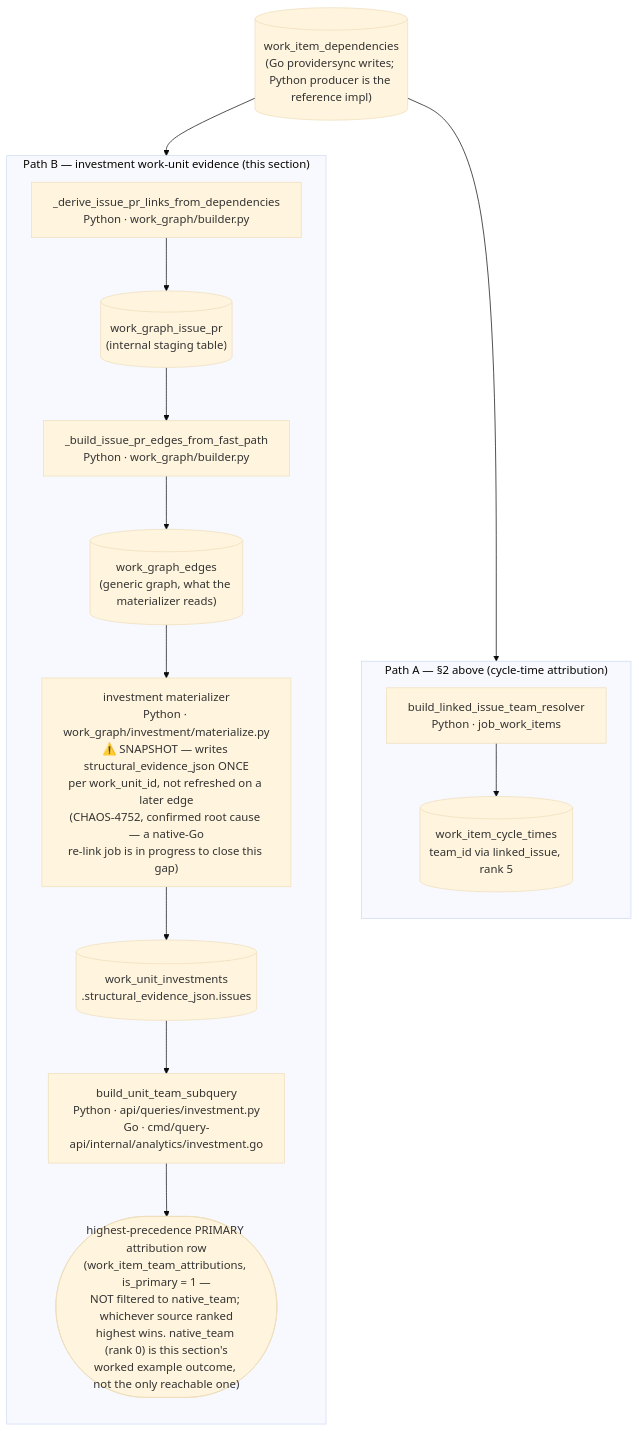
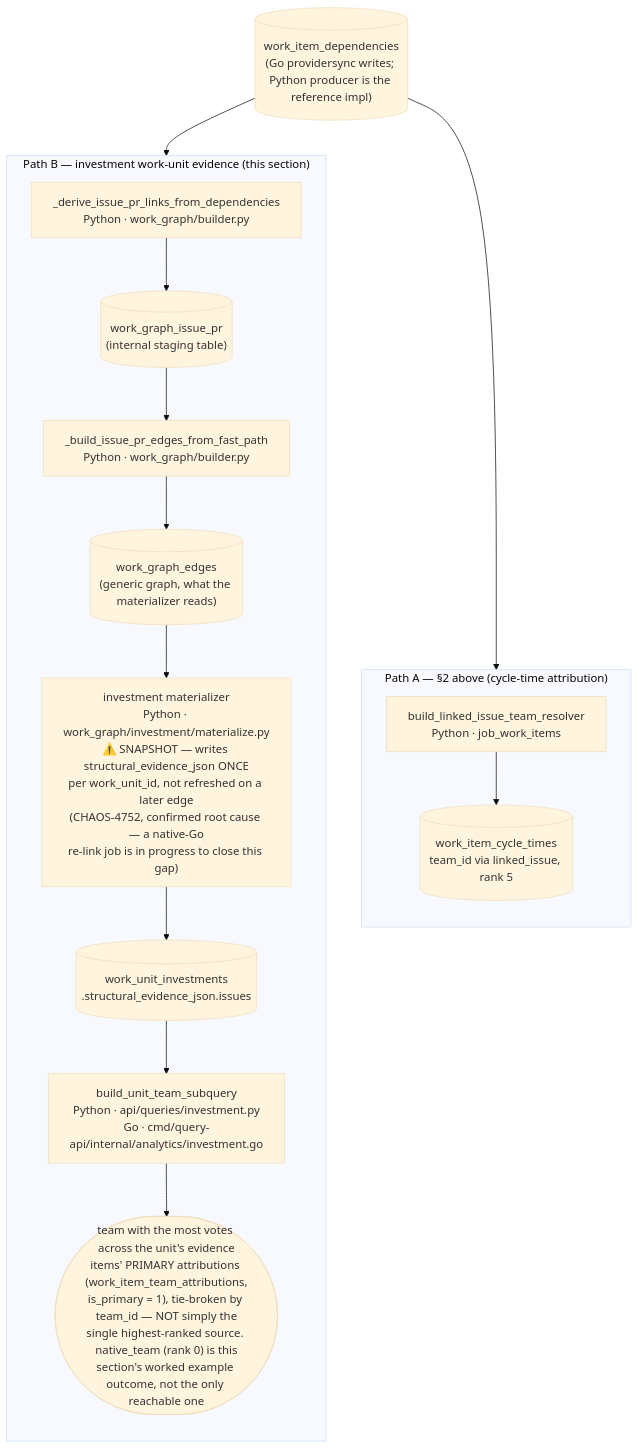
The fifth of 9 diagrams in docs/contribute/architecture/team-attribution.md (full-chaos/dev-health-ops), drawn with Mermaid (base theme) before and after one commit. The commit also changed other lines of this file, not shown here.

````diff
--- a/docs/contribute/architecture/team-attribution.md
+++ b/docs/contribute/architecture/team-attribution.md
@@ -1348,27 +1353,27 @@
 ```mermaid
 flowchart TD
     WID[("work_item_dependencies<br/>(Go providersync writes; Python producer is the reference impl)")]
 
     subgraph PathA["Path A — §2 above (cycle-time attribution)"]
         direction TB
         BuildResolver["build_linked_issue_team_resolver<br/>Python · job_work_items"]
         CycleTimes[("work_item_cycle_times<br/>team_id via linked_issue, rank 5")]
         BuildResolver --> CycleTimes
     end
 
     subgraph PathB["Path B — investment work-unit evidence (this section)"]
         direction TB
         Derive["_derive_issue_pr_links_from_dependencies<br/>Python · work_graph/builder.py"]
         WGIP[("work_graph_issue_pr<br/>(internal staging table)")]
         FastPath["_build_issue_pr_edges_from_fast_path<br/>Python · work_graph/builder.py"]
         WGE[("work_graph_edges<br/>(generic graph, what the materializer reads)")]
         Materialize["investment materializer<br/>Python · work_graph/investment/materialize.py<br/>⚠️ SNAPSHOT — writes structural_evidence_json ONCE<br/>per work_unit_id, not refreshed on a later edge<br/>(CHAOS-4752, confirmed root cause — a native-Go<br/>re-link job is in progress to close this gap)"]
         SEJ[("work_unit_investments<br/>.structural_evidence_json.issues")]
         UnitTeam["build_unit_team_subquery<br/>Python · api/queries/investment.py<br/>Go · cmd/query-api/internal/analytics/investment.go"]
-        Resolved(["highest-precedence PRIMARY attribution row<br/>(work_item_team_attributions, is_primary = 1 —<br/>NOT filtered to native_team; whichever source ranked<br/>highest wins. native_team (rank 0) is this section's<br/>worked example outcome, not the only reachable one)"])
+        Resolved(["team with the most votes across the unit's evidence<br/>items' PRIMARY attributions (work_item_team_attributions,<br/>is_primary = 1), tie-broken by team_id — NOT simply the<br/>single highest-ranked source. native_team (rank 0) is this<br/>section's worked example outcome, not the only reachable one"])
         Derive --> WGIP --> FastPath --> WGE --> Materialize --> SEJ --> UnitTeam --> Resolved
     end
 
     WID --> BuildResolver
     WID --> Derive
 ```
````
